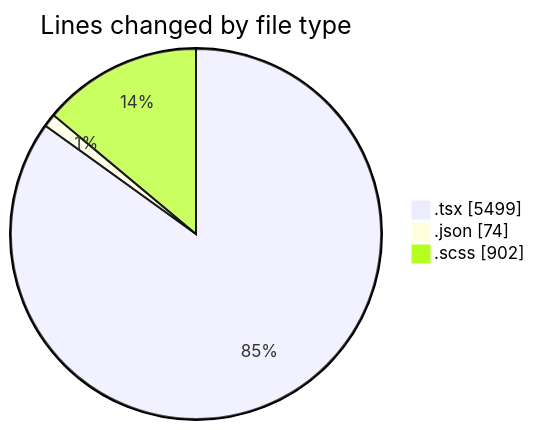
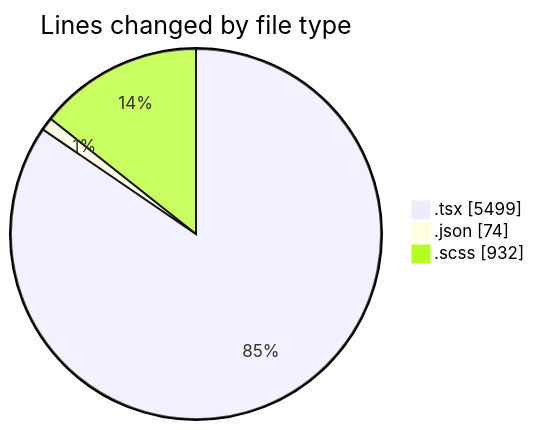
One commit to momahboobian/code-tracking changed the first of 2 diagrams in 2025-04-08/cda/README.md. Above: the diagram before and after it, drawn with Mermaid. The commit also changed other lines of this file and 1 other file, not shown here.

````diff
--- a/2025-04-08/cda/README.md
+++ b/2025-04-08/cda/README.md
@@ -39,7 +39,7 @@
 ```mermaid
 pie showData
 title Lines changed by file type
 ".tsx" : 5499
 ".json" : 74
-".scss" : 902
+".scss" : 932
 ```
````
